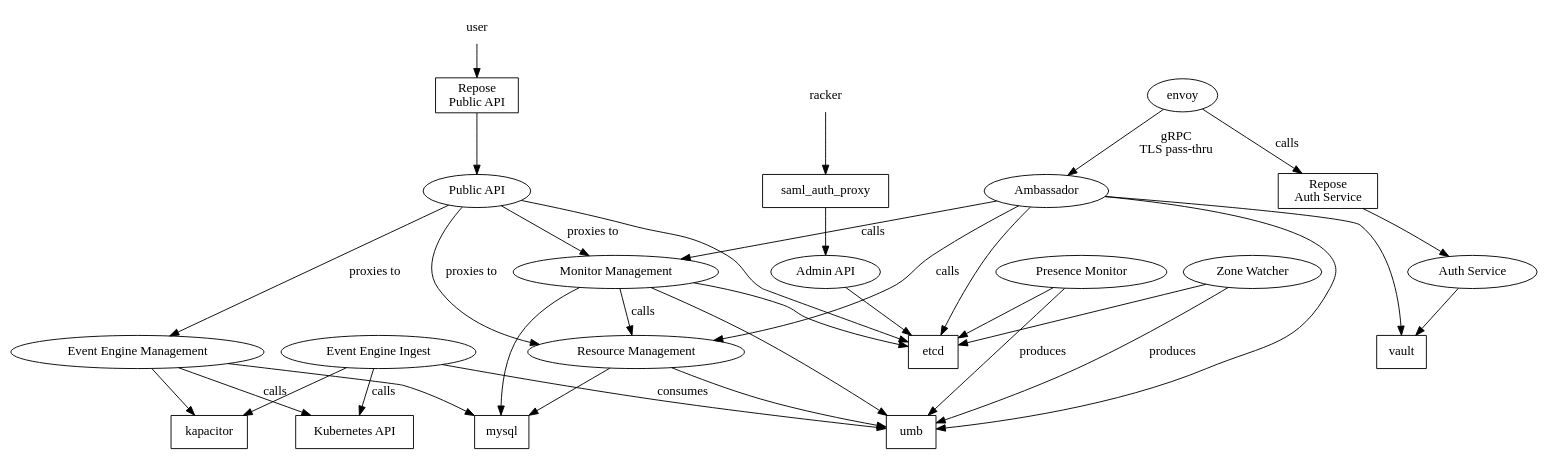
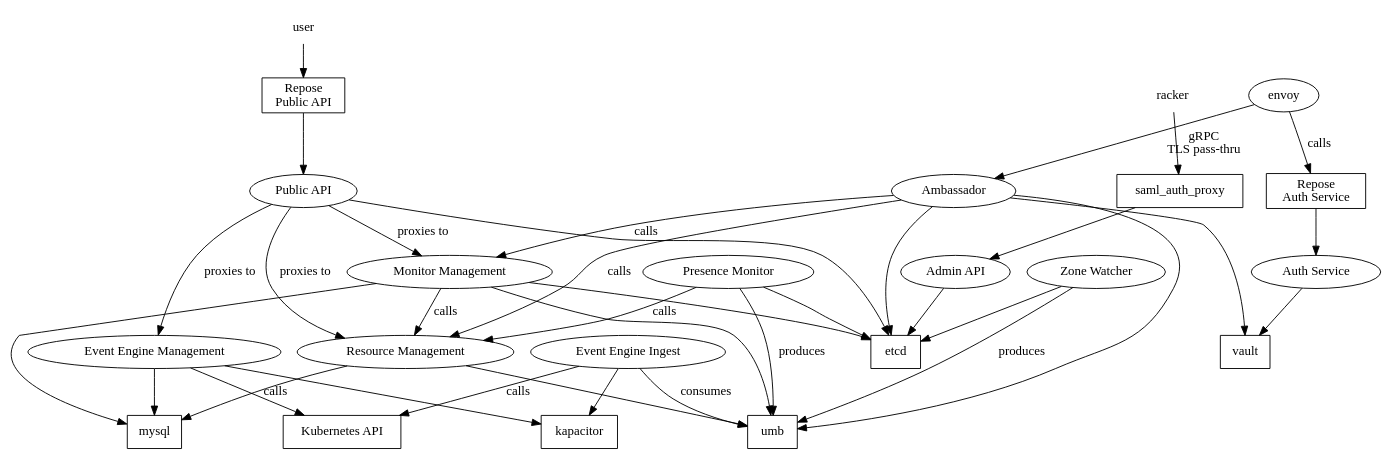
The diagram in docs/salus-dependencies.dot (racker/salus-telemetry-bundle), drawn with Graphviz before and after one commit.

Commit message:
Add pm->rm calls dependency

```diff
--- a/docs/salus-dependencies.dot
+++ b/docs/salus-dependencies.dot
@@ -1,72 +1,73 @@
 digraph G {
  user [shape="none"]
  racker [shape="none"]
  envoy
 
  // box shape == 3rd party software
  mysql [shape="box"]
  repose_auth [shape="box", label="Repose\nAuth Service"]
  repose_public_api [shape="box", label="Repose\nPublic API"]
  kapacitor [shape="box"]
  kube_api [shape="box", label="Kubernetes API"]
  vault [shape="box"]
  etcd [shape="box"]
  umb [shape="box"]
  saml_auth_proxy [shape="box"]
 
  // Salus modules
  public_api [label="Public API"]
  admin_api [label="Admin API"]
  pm [label="Presence Monitor"]
  auth [label="Auth Service"]
  ambassador [label="Ambassador"]
  evm [label="Event Engine Management"]
  evi [label="Event Engine Ingest"]
  rm [label="Resource Management"]
  mm [label="Monitor Management"]
  zw [label="Zone Watcher"]
 
  evm -> kapacitor
  evm -> mysql
  evm -> kube_api [label="calls"]
 
  evi -> kapacitor
  evi -> umb [label="consumes"]
  evi -> kube_api [label="calls"]
 
  rm -> umb
  rm -> mysql
 
  mm -> umb
  mm -> rm [label="calls"]
  mm -> mysql
  mm -> etcd
 
  pm -> umb [label="produces"]
  pm -> etcd
+ pm -> rm [label="calls"]
 
  zw -> etcd
  zw -> umb [label="produces"]
 
  envoy -> ambassador [label="gRPC\nTLS pass-thru"]
  ambassador -> umb
  ambassador -> etcd
  ambassador -> vault
  ambassador -> mm [label="calls"]
  ambassador -> rm [label="calls"]
 
  envoy -> repose_auth [label="calls"]
  repose_auth -> auth
  auth -> vault
 
  user -> repose_public_api
  repose_public_api -> public_api
  public_api -> etcd
  public_api -> rm [label="proxies to"]
  public_api -> mm [label="proxies to"]
  public_api -> evm [label="proxies to"]
 
  racker -> saml_auth_proxy
  saml_auth_proxy -> admin_api
  admin_api -> etcd
 }
```
